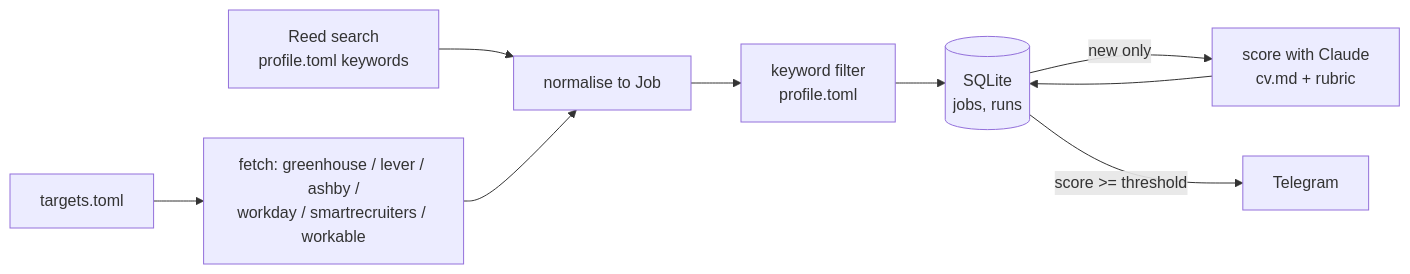
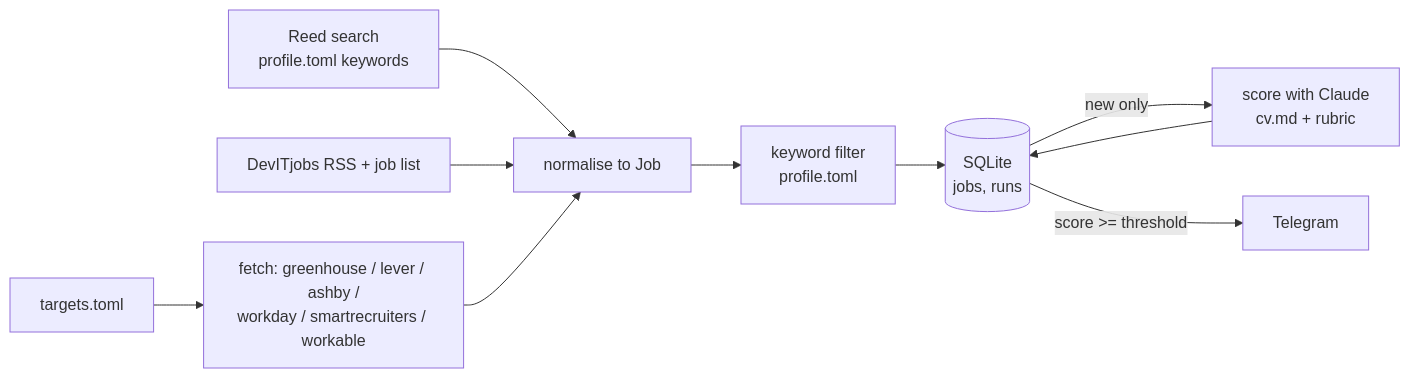
The diagram in docs/design.md (Pavlana/getjo), drawn with Mermaid before and after one commit. The commit also changed other lines of this file and 12 other files, not shown here.

Commit message:
sources: DevITjobs UK (RSS descriptions joined with job-list locations); Jooble evaluated, not built

````diff
--- a/docs/design.md
+++ b/docs/design.md
@@ -9,11 +9,12 @@
 ```mermaid
 flowchart LR
   T[targets.toml] --> F[fetch: greenhouse / lever / ashby /\nworkday / smartrecruiters / workable]
   R[Reed search\nprofile.toml keywords] --> N
+  D[DevITjobs RSS + job list] --> N
   F --> N[normalise to Job]
   N --> K[keyword filter\nprofile.toml]
   K --> S[(SQLite\njobs, runs)]
   S -->|new only| L[score with Claude\ncv.md + rubric]
   L --> S
   S -->|score >= threshold| M[Telegram]
 ```
````
